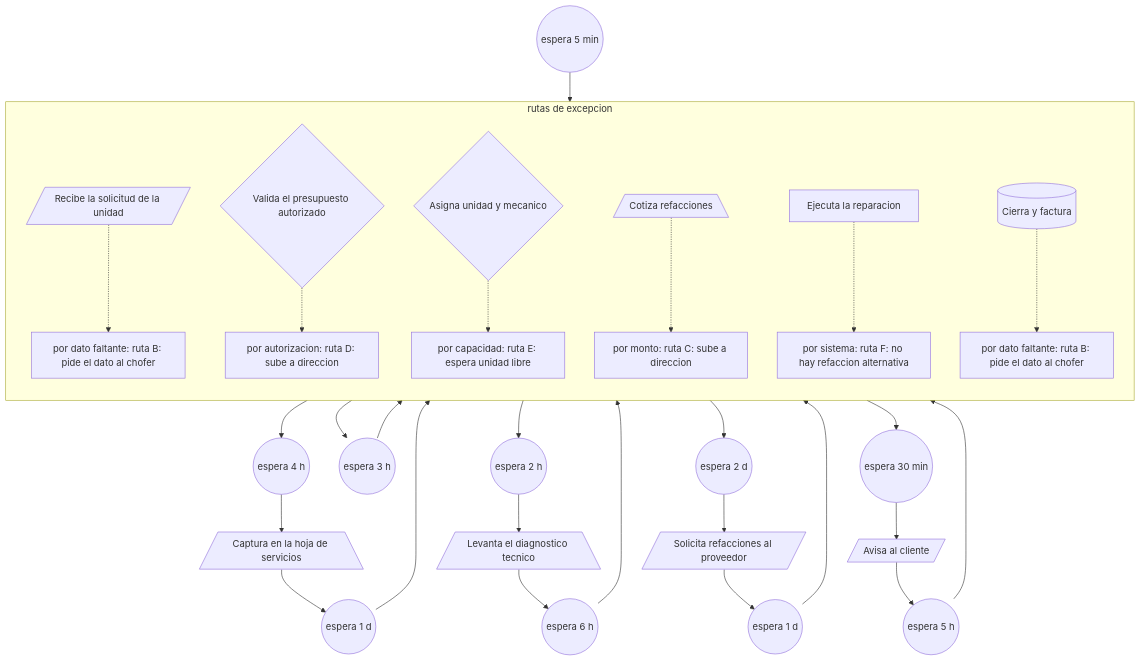
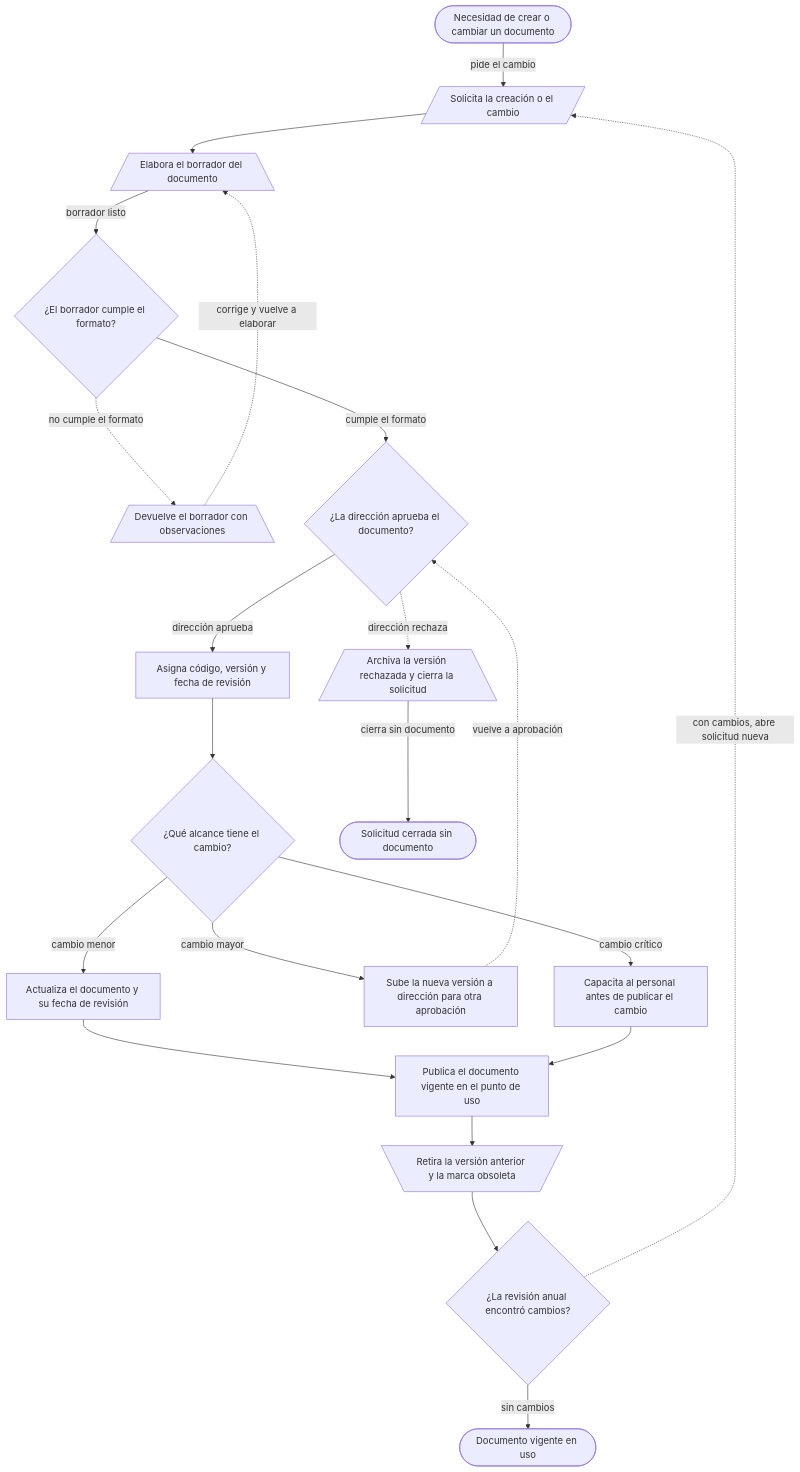
The diagram in examples/expediente-ejemplo/04_plano-real.md (ZarFer03/plano-real), drawn with Mermaid before and after one commit. The commit also changed other lines of this file and 8 other files, not shown here.

Commit message:
0.5.0: el plano pasa a grafo por capas, con nodos y rutas, ramas reales, retrabajo por carril exterior y conectores entre hojas

````diff
--- a/examples/expediente-ejemplo/04_plano-real.md
+++ b/examples/expediente-ejemplo/04_plano-real.md
@@ -31,57 +66,40 @@
 ```mermaid
 flowchart TB
-  w0(("espera 5 min"))
-  n0[/"Recibe la solicitud de la unidad"/]
-  w1(("espera 4 h"))
-  n1[/"Captura en la hoja de servicios"\]
-  w2(("espera 1 d"))
-  n2{"Valida el presupuesto autorizado"}
-  w3(("espera 3 h"))
-  n3{"Asigna unidad y mecanico"}
-  w4(("espera 2 h"))
-  n4[/"Levanta el diagnostico tecnico"\]
-  w5(("espera 6 h"))
-  n5[/"Cotiza refacciones"\]
-  w6(("espera 2 d"))
-  n6[/"Solicita refacciones al proveedor"/]
-  w7(("espera 1 d"))
-  n7["Ejecuta la reparacion"]
-  w8(("espera 30 min"))
-  n8[/"Avisa al cliente"/]
-  w9(("espera 5 h"))
-  n9[("Cierra y factura")]
-  w0 --> n0
-  n0 --> w1
-  w1 --> n1
-  n1 --> w2
-  w2 --> n2
-  n2 --> w3
-  w3 --> n3
-  n3 --> w4
-  w4 --> n4
-  n4 --> w5
-  w5 --> n5
-  n5 --> w6
-  w6 --> n6
-  n6 --> w7
-  w7 --> n7
-  n7 --> w8
-  w8 --> n8
-  n8 --> w9
-  w9 --> n9
-  subgraph rutas de excepcion
-    direction TB
-    e0["por dato faltante: ruta B: pide el dato al chofer"]
-    n0 -.-> e0
-    e2["por autorizacion: ruta D: sube a direccion"]
-    n2 -.-> e2
-    e3["por capacidad: ruta E: espera unidad libre"]
-    n3 -.-> e3
-    e5["por monto: ruta C: sube a direccion"]
-    n5 -.-> e5
-    e7["por sistema: ruta F: no hay refaccion alternativa"]
-    n7 -.-> e7
-    e9["por dato faltante: ruta B: pide el dato al chofer"]
-    n9 -.-> e9
-  end
+  n1(["Necesidad de crear o cambiar un documento"])
+  n2[/"Solicita la creación o el cambio"/]
+  n3[/"Elabora el borrador del documento"\]
+  n4{"¿El borrador cumple el formato?"}
+  n5[/"Devuelve el borrador con observaciones"\]
+  n6{"¿La dirección aprueba el documento?"}
+  n7[/"Archiva la versión rechazada y cierra la solicitud"\]
+  n8["Asigna código, versión y fecha de revisión"]
+  n9{"¿Qué alcance tiene el cambio?"}
+  n10["Actualiza el documento y su fecha de revisión"]
+  n11["Sube la nueva versión a dirección para otra aprobación"]
+  n12["Capacita al personal antes de publicar el cambio"]
+  n13["Publica el documento vigente en el punto de uso"]
+  n14[\"Retira la versión anterior y la marca obsoleta"/]
+  n15{"¿La revisión anual encontró cambios?"}
+  n16(["Documento vigente en uso"])
+  n17(["Solicitud cerrada sin documento"])
+  n1 --> |pide el cambio|n2
+  n2 --> n3
+  n3 --> |borrador listo|n4
+  n4 -.-> |no cumple el formato|n5
+  n5 -.-> |corrige y vuelve a elaborar|n3
+  n4 --> |cumple el formato|n6
+  n6 -.-> |dirección rechaza|n7
+  n7 --> |cierra sin documento|n17
+  n6 --> |dirección aprueba|n8
+  n8 --> n9
+  n9 --> |cambio menor|n10
+  n9 --> |cambio mayor|n11
+  n9 --> |cambio crítico|n12
+  n11 -.-> |vuelve a aprobación|n6
+  n10 --> n13
+  n12 --> n13
+  n13 --> n14
+  n14 --> n15
+  n15 --> |sin cambios|n16
+  n15 -.-> |con cambios, abre solicitud nueva|n2
 ```
````
